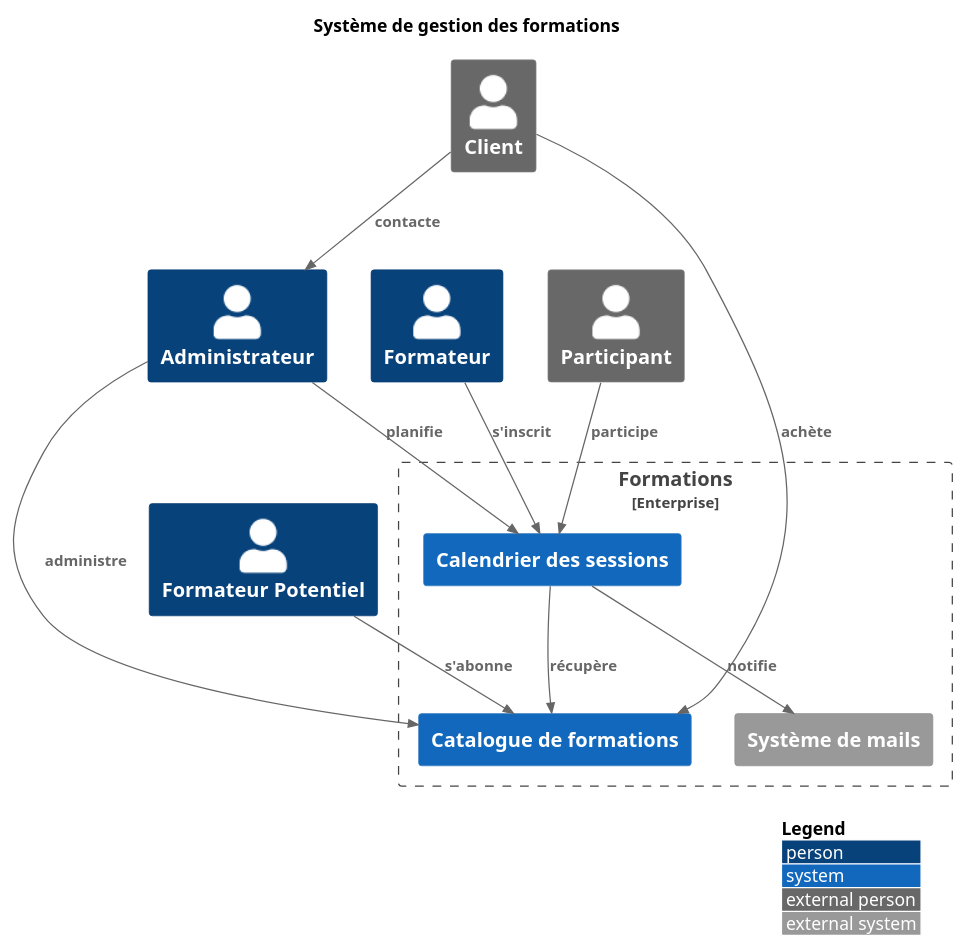
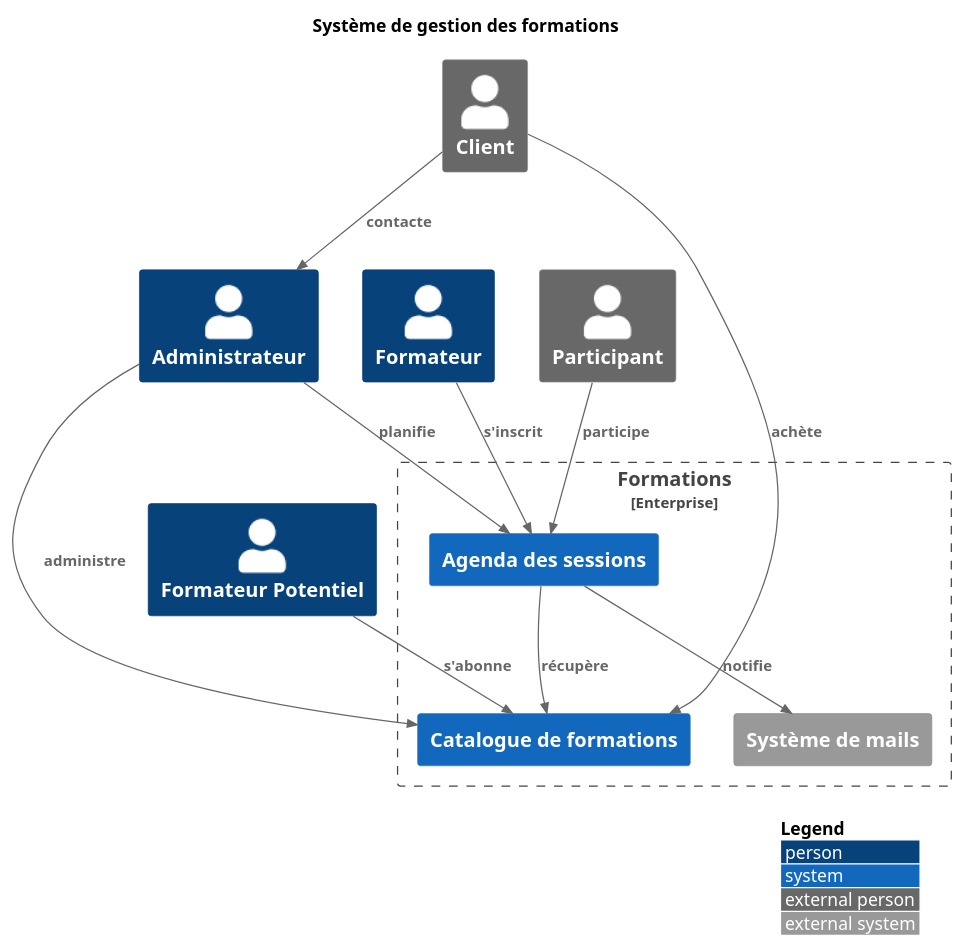
The diagram in doc/architecture/context.puml (simonrenoult/playground), drawn with PlantUML before and after one commit. The commit also changed 41 other files, not shown here.

Commit message:
refactor: renomme calendrier en agenda

```diff
--- a/doc/architecture/context.puml
+++ b/doc/architecture/context.puml
@@ -1,29 +1,29 @@
 @startuml
 !include https://raw.githubusercontent.com/plantuml-stdlib/C4-PlantUML/master/C4_Context.puml
 LAYOUT_WITH_LEGEND()
 
 title Système de gestion des formations
 
 Person(formateur, Formateur)
 Person(formateur_potentiel, "Formateur Potentiel")
 Person(administrateur, "Administrateur")
 Person_Ext(participant, "Participant")
 Person_Ext(client, "Client")
 
 Enterprise_Boundary(formations, "Formations") {
     System(catalogue_de_formations, "Catalogue de formations", $link=google.com)
-    System(calendrier_des_sessions_de_formation, "Calendrier des sessions")
+    System(agenda_des_sessions_de_formation, "Agenda des sessions")
     System_Ext(mail, "Système de mails")
 }
 
 Rel(client, administrateur, contacte)
 Rel(client, catalogue_de_formations, "achète")
 Rel(formateur_potentiel, catalogue_de_formations, "s'abonne")
-Rel(formateur, calendrier_des_sessions_de_formation, "s'inscrit")
-Rel(administrateur, calendrier_des_sessions_de_formation, "planifie")
+Rel(formateur, agenda_des_sessions_de_formation, "s'inscrit")
+Rel(administrateur, agenda_des_sessions_de_formation, "planifie")
 Rel(administrateur, catalogue_de_formations, "administre")
-Rel(calendrier_des_sessions_de_formation, mail, "notifie")
-Rel(participant, calendrier_des_sessions_de_formation, "participe")
-Rel(calendrier_des_sessions_de_formation, catalogue_de_formations, "récupère")
+Rel(agenda_des_sessions_de_formation, mail, "notifie")
+Rel(participant, agenda_des_sessions_de_formation, "participe")
+Rel(agenda_des_sessions_de_formation, catalogue_de_formations, "récupère")
 
 @enduml
```
